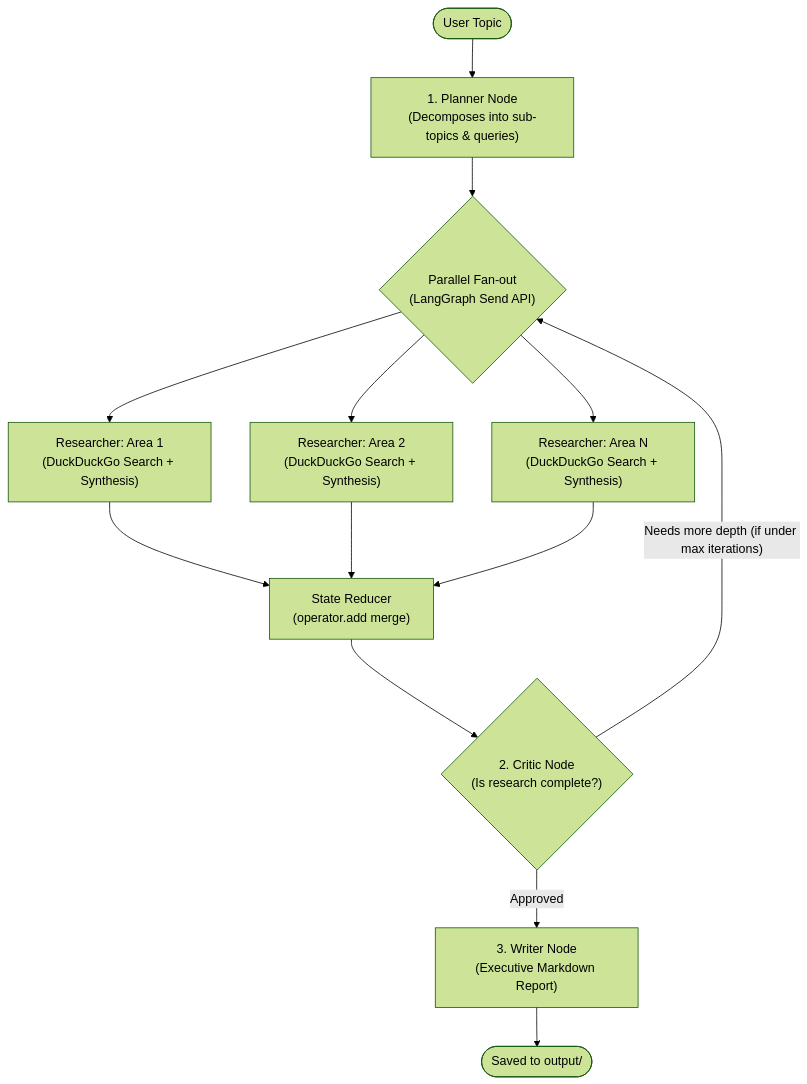
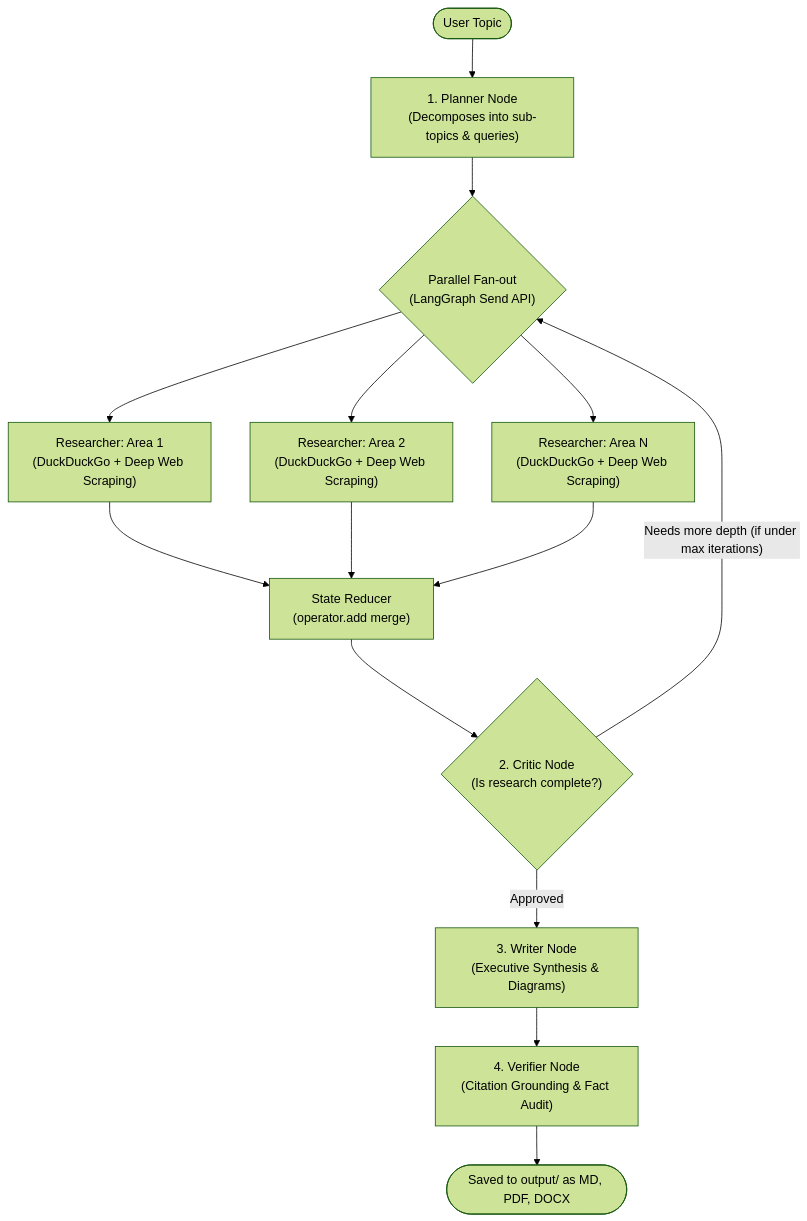
The diagram in README.md (mallelamanojkumar90/AgenticLanggraph), drawn with Mermaid (forest theme) before and after one commit. The commit also changed other lines of this file and 11 other files, not shown here.

Commit message:
feat: Add deep web scraping, persistent SQLite checkpoints, fact-checking Verifier, multi-format export, and interactive Q&A chat

````diff
--- a/README.md
+++ b/README.md
@@ -11,19 +11,20 @@
 ```mermaid
 flowchart TD
     Start([User Topic]) --> Planner["1. Planner Node<br/>(Decomposes into sub-topics & queries)"]
     Planner --> FanOut{"Parallel Fan-out<br/>(LangGraph Send API)"}
     
-    FanOut --> Worker1["Researcher: Area 1<br/>(DuckDuckGo Search + Synthesis)"]
-    FanOut --> Worker2["Researcher: Area 2<br/>(DuckDuckGo Search + Synthesis)"]
-    FanOut --> WorkerN["Researcher: Area N<br/>(DuckDuckGo Search + Synthesis)"]
+    FanOut --> Worker1["Researcher: Area 1<br/>(DuckDuckGo + Deep Web Scraping)"]
+    FanOut --> Worker2["Researcher: Area 2<br/>(DuckDuckGo + Deep Web Scraping)"]
+    FanOut --> WorkerN["Researcher: Area N<br/>(DuckDuckGo + Deep Web Scraping)"]
     
     Worker1 --> Aggregator["State Reducer<br/>(operator.add merge)"]
     Worker2 --> Aggregator
     WorkerN --> Aggregator
     
     Aggregator --> Reviewer{"2. Critic Node<br/>(Is research complete?)"}
     
     Reviewer -- "Needs more depth (if under max iterations)" --> FanOut
-    Reviewer -- "Approved" --> Writer["3. Writer Node<br/>(Executive Markdown Report)"]
-    Writer --> End([Saved to output/])
+    Reviewer -- "Approved" --> Writer["3. Writer Node<br/>(Executive Synthesis & Diagrams)"]
+    Writer --> Verifier["4. Verifier Node<br/>(Citation Grounding & Fact Audit)"]
+    Verifier --> End([Saved to output/ as MD, PDF, DOCX])
 ```
````
